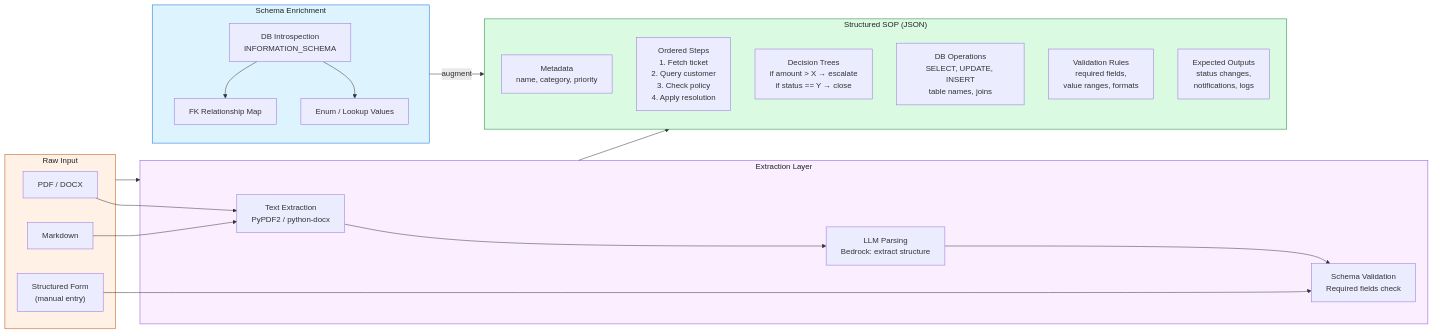
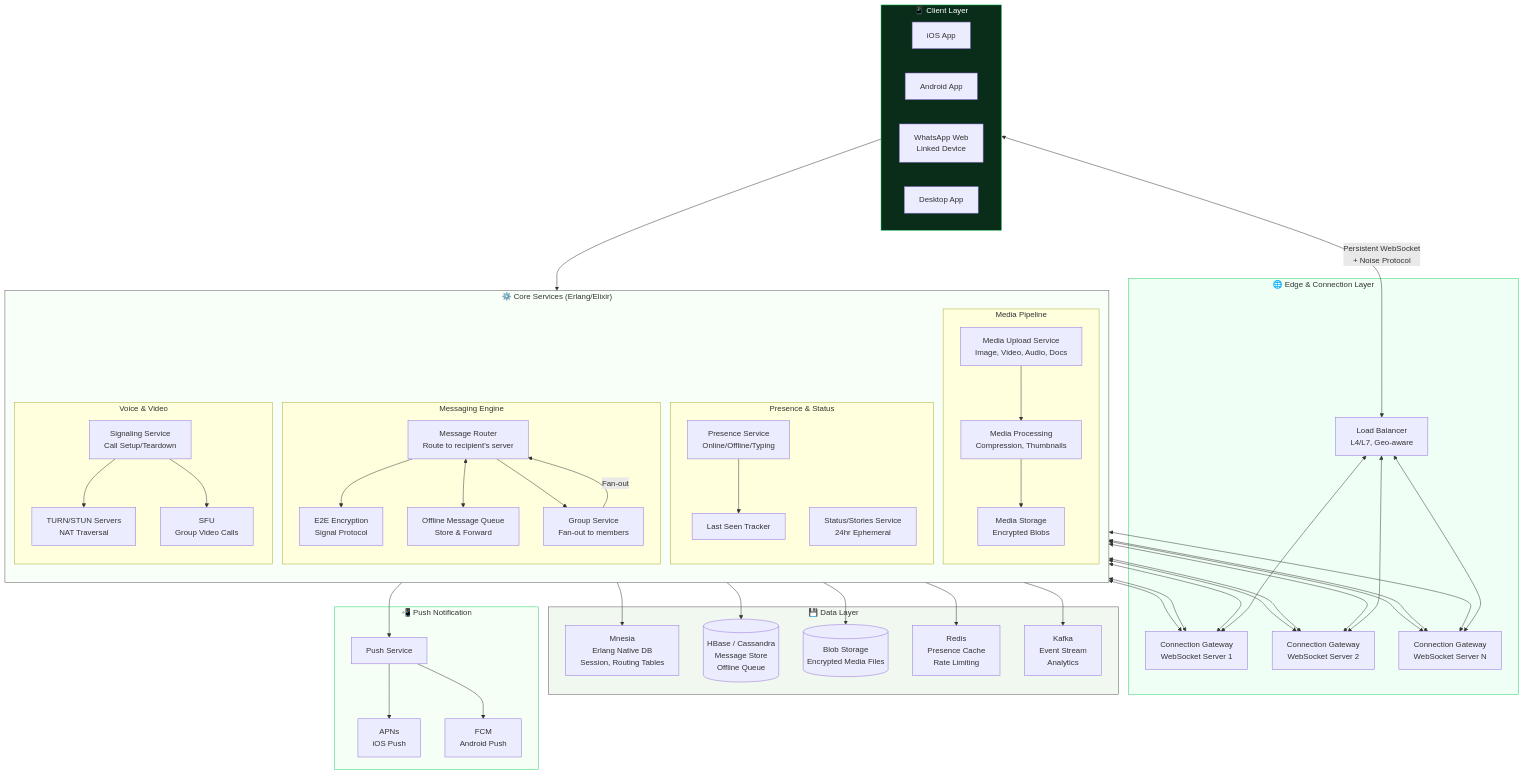
The fifth of 14 diagrams in README.md (KiZamaDo/KiZamaDo.github.io), drawn with Mermaid before and after one commit. The commit also changed other lines of this file, not shown here.

```diff
--- a/README.md
+++ b/README.md
@@ -284,47 +779,82 @@
-  <div class="mermaid">
-graph LR
-    subgraph Input["Raw Input"]
-        PDF["PDF / DOCX"]
-        MD["Markdown"]
-        FORM["Structured Form<br/>(manual entry)"]
+        <pre class="mermaid">
+graph TB
+    subgraph Clients["📱 Client Layer"]
+        iOS["iOS App"]
+        Android["Android App"]
+        WebClient["WhatsApp Web<br/>Linked Device"]
+        Desktop["Desktop App"]
     end
 
-    subgraph Extract["Extraction Layer"]
-        OCR["Text Extraction<br/>PyPDF2 / python-docx"]
-        LLM_PARSE["LLM Parsing<br/>Bedrock: extract structure"]
-        VALIDATE_SOP["Schema Validation<br/>Required fields check"]
+    subgraph EdgeLayer["🌐 Edge &amp; Connection Layer"]
+        LB["Load Balancer<br/>L4/L7, Geo-aware"]
+        ConnGW1["Connection Gateway<br/>WebSocket Server 1"]
+        ConnGW2["Connection Gateway<br/>WebSocket Server 2"]
+        ConnGWN["Connection Gateway<br/>WebSocket Server N"]
     end
 
-    subgraph StructuredSOP["Structured SOP (JSON)"]
-        META["Metadata<br/>name, category, priority"]
-        STEPS["Ordered Steps<br/>1. Fetch ticket<br/>2. Query customer<br/>3. Check policy<br/>4. Apply resolution"]
-        DECISIONS["Decision Trees<br/>if amount > X → escalate<br/>if status == Y → close"]
-        DB_OPS["DB Operations<br/>SELECT, UPDATE, INSERT<br/>table names, joins"]
-        VALIDATIONS["Validation Rules<br/>required fields,<br/>value ranges, formats"]
-        OUTPUTS["Expected Outputs<br/>status changes,<br/>notifications, logs"]
+    subgraph CoreServices["⚙️ Core Services (Erlang/Elixir)"]
+        direction TB
+        subgraph Messaging["Messaging Engine"]
+            MsgRouter["Message Router<br/>Route to recipient's server"]
+            MsgQueue["Offline Message Queue<br/>Store &amp; Forward"]
+            GroupSvc["Group Service<br/>Fan-out to members"]
+            E2E["E2E Encryption<br/>Signal Protocol"]
+        end
+        subgraph Presence["Presence &amp; Status"]
+            PresenceSvc["Presence Service<br/>Online/Offline/Typing"]
+            LastSeen["Last Seen Tracker"]
+            StatusSvc["Status/Stories Service<br/>24hr Ephemeral"]
+        end
+        subgraph Media["Media Pipeline"]
+            MediaUpload["Media Upload Service<br/>Image, Video, Audio, Docs"]
+            MediaProcess["Media Processing<br/>Compression, Thumbnails"]
+            MediaStore["Media Storage<br/>Encrypted Blobs"]
+        end
+        subgraph Calls["Voice &amp; Video"]
+            SignalSvc["Signaling Service<br/>Call Setup/Teardown"]
+            TURN["TURN/STUN Servers<br/>NAT Traversal"]
+            SFU["SFU<br/>Group Video Calls"]
+        end
     end
 
-    subgraph Enrichment["Schema Enrichment"]
-        DB_INTRO["DB Introspection<br/>INFORMATION_SCHEMA"]
-        FK_MAP["FK Relationship Map"]
-        ENUM_VALS["Enum / Lookup Values"]
+    subgraph DataLayer["💾 Data Layer"]
+        Mnesia["Mnesia<br/>Erlang Native DB<br/>Session, Routing Tables"]
+        HBase[("HBase / Cassandra<br/>Message Store<br/>Offline Queue")]
+        BlobStore[("Blob Storage<br/>Encrypted Media Files")]
+        Redis2["Redis<br/>Presence Cache<br/>Rate Limiting"]
+        Kafka2["Kafka<br/>Event Stream<br/>Analytics"]
     end
 
-    Input --> Extract
-    Extract --> StructuredSOP
-    Enrichment -->|"augment"| StructuredSOP
+    subgraph PushLayer["📲 Push Notification"]
+        PushSvc["Push Service"]
+        APNS["APNs<br/>iOS Push"]
+        FCM["FCM<br/>Android Push"]
+    end
 
-    PDF --> OCR
-    MD --> OCR
-    FORM --> VALIDATE_SOP
-    OCR --> LLM_PARSE
-    LLM_PARSE --> VALIDATE_SOP
+    Clients <-->|"Persistent WebSocket<br/>+ Noise Protocol"| LB
+    LB <--> ConnGW1 & ConnGW2 & ConnGWN
+    ConnGW1 & ConnGW2 & ConnGWN <--> MsgRouter
+    MsgRouter --> E2E
+    MsgRouter <--> MsgQueue
+    MsgRouter --> GroupSvc
+    GroupSvc -->|"Fan-out"| MsgRouter
+    ConnGW1 & ConnGW2 & ConnGWN <--> PresenceSvc
+    PresenceSvc --> LastSeen
+    Clients --> MediaUpload
+    MediaUpload --> MediaProcess --> MediaStore
+    MediaStore --> BlobStore
+    SignalSvc <--> ConnGW1 & ConnGW2 & ConnGWN
+    SignalSvc --> TURN
+    SignalSvc --> SFU
+    MsgRouter --> Mnesia & HBase
+    PresenceSvc --> Redis2
+    MsgQueue --> PushSvc
+    PushSvc --> APNS & FCM
+    CoreServices --> Kafka2
 
-    DB_INTRO --> FK_MAP
-    DB_INTRO --> ENUM_VALS
-
-    style Input fill:#fff1e5,stroke:#bc4c00,color:#1f2328
-    style Extract fill:#fbefff,stroke:#8250df,color:#1f2328
-    style StructuredSOP fill:#dafbe1,stroke:#1a7f37,color:#1f2328
-    style Enrichment fill:#ddf4ff,stroke:#0969da,color:#1f2328
-  </div>
+    style Clients fill:#0a2d1a,stroke:#25d366,color:#fff
+    style EdgeLayer fill:#f0fff5,stroke:#25d366,color:#333
+    style CoreServices fill:#f8fff8,stroke:#555,color:#333
+    style DataLayer fill:#f0f8f0,stroke:#555,color:#333
+    style PushLayer fill:#f5fff5,stroke:#25d366,color:#333
+        </pre>
```
